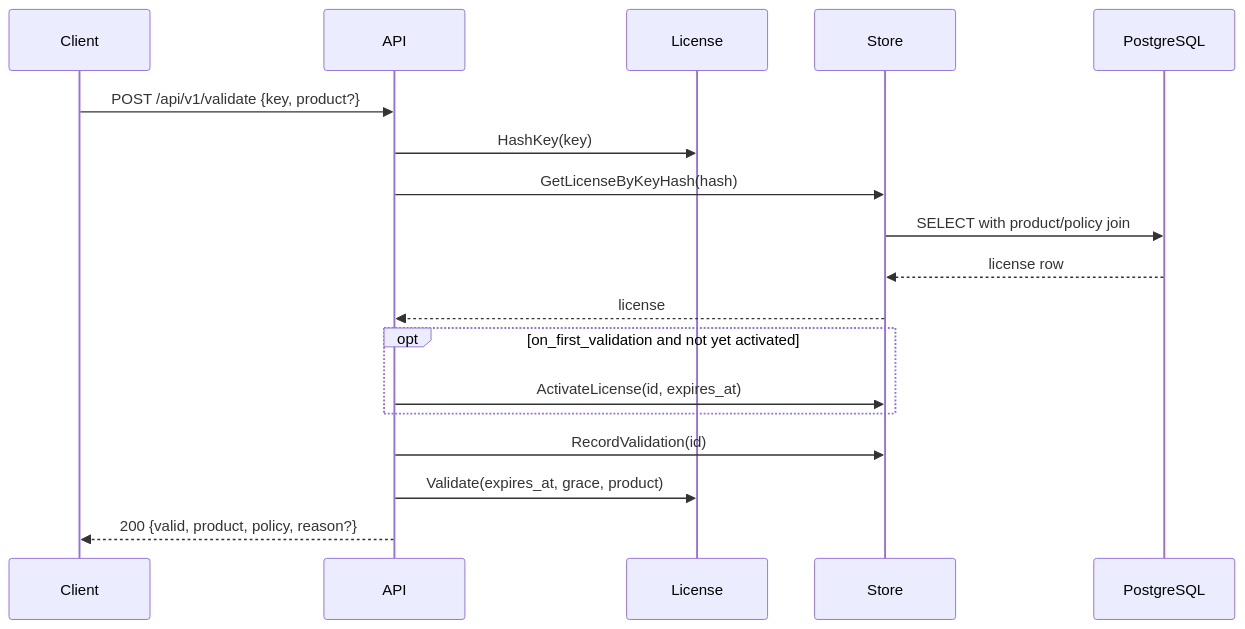
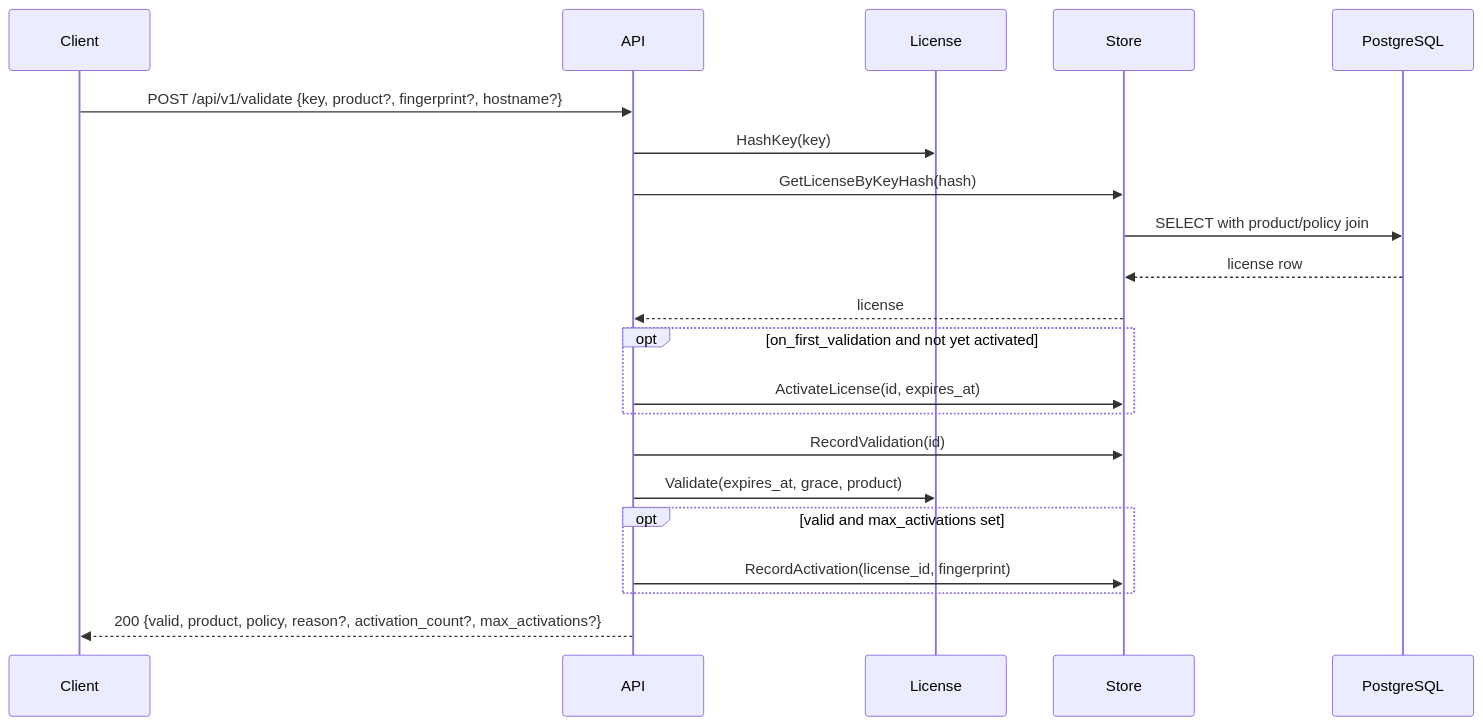
One commit to alvarorg14/openlicensd changed the third of 5 diagrams in docs/architecture.md. Above: the diagram before and after it, drawn with Mermaid. The commit also changed other lines of this file and 36 other files, not shown here.

First line of the commit message:
feat: add max concurrent machine activations per license (#64)

````diff
--- a/docs/architecture.md
+++ b/docs/architecture.md
@@ -150,21 +169,24 @@
 ```mermaid
 sequenceDiagram
   participant Client
   participant API
   participant License
   participant Store
   participant PG as PostgreSQL
 
-  Client->>API: POST /api/v1/validate {key, product?}
+  Client->>API: POST /api/v1/validate {key, product?, fingerprint?, hostname?}
   API->>License: HashKey(key)
   API->>Store: GetLicenseByKeyHash(hash)
   Store->>PG: SELECT with product/policy join
   PG-->>Store: license row
   Store-->>API: license
   opt on_first_validation and not yet activated
     API->>Store: ActivateLicense(id, expires_at)
   end
   API->>Store: RecordValidation(id)
   API->>License: Validate(expires_at, grace, product)
-  API-->>Client: 200 {valid, product, policy, reason?}
+  opt valid and max_activations set
+    API->>Store: RecordActivation(license_id, fingerprint)
+  end
+  API-->>Client: 200 {valid, product, policy, reason?, activation_count?, max_activations?}
 ```
````
